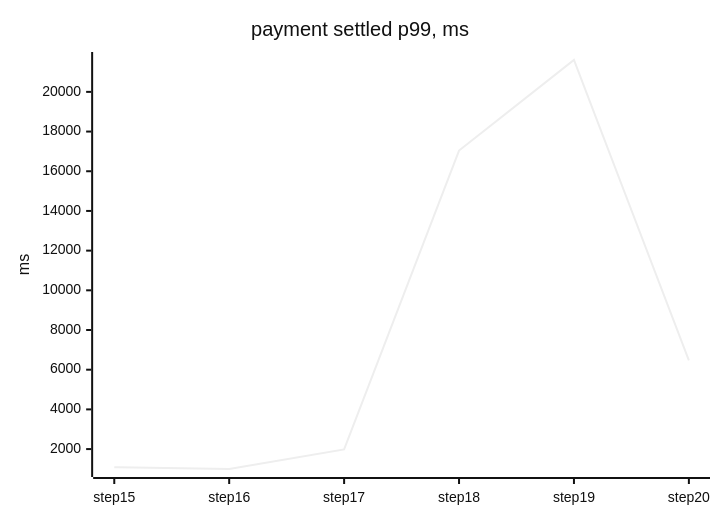
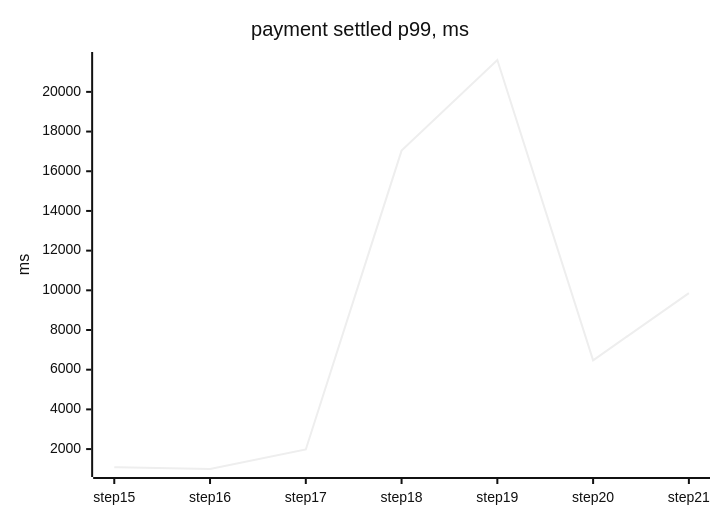
The fourth of 4 diagrams in docs/perf/README.md (tanvoid0/ledgerflow), drawn with Mermaid (neutral theme) before and after one commit. The commit also changed other lines of this file and 6 other files, not shown here.

````diff
--- a/docs/perf/README.md
+++ b/docs/perf/README.md
@@ -96,7 +99,7 @@
 ```mermaid
 xychart-beta
     title "payment settled p99, ms"
-    x-axis ["step15", "step16", "step17", "step18", "step19", "step20"]
+    x-axis ["step15", "step16", "step17", "step18", "step19", "step20", "step21"]
     y-axis "ms"
-    line [1088, 996, 1982, 17042, 21606, 6472]
+    line [1088, 996, 1982, 17042, 21606, 6472, 9862]
 ```
````
